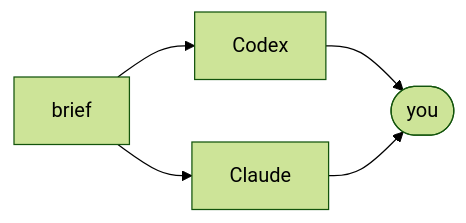
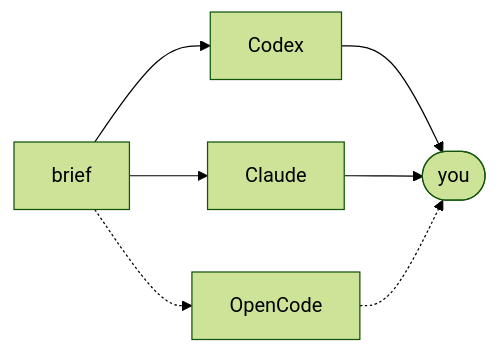
Before and after one commit to ivklgn/polybrief: the first of 4 diagrams in README.md, drawn with Mermaid (forest theme). The commit also changed other lines of this file and 8 other files, not shown here.

````diff
--- a/README.md
+++ b/README.md
@@ -64,5 +65,7 @@
 ```mermaid
 flowchart LR
   B[brief] --> X[Codex] & C[Claude]
+  B -.-> O[OpenCode]
   X & C --> Y([you])
+  O -.-> Y
 ```
````
